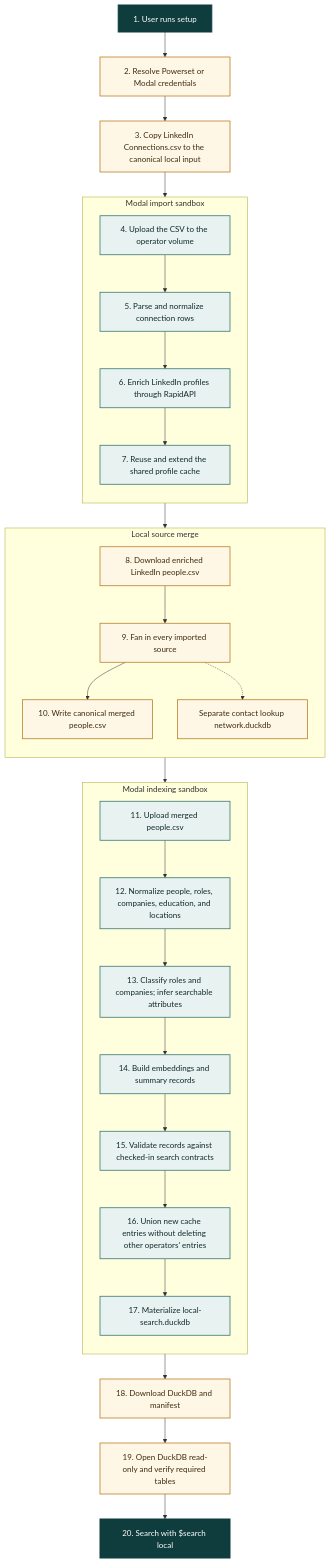
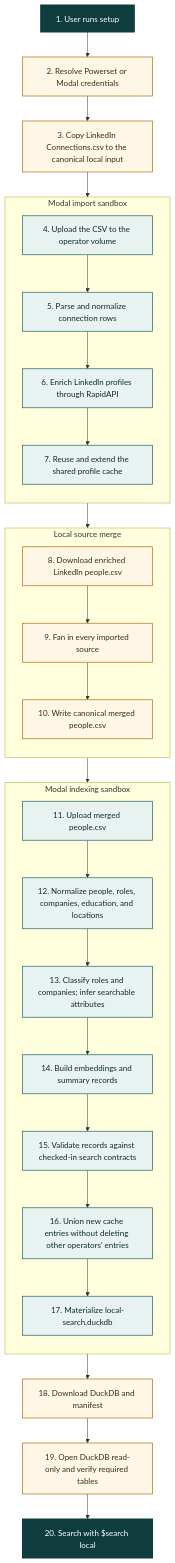
Before and after one commit to powerset-co/powerpacks: the diagram in packs/indexing/docs/linkedin-modal-pipeline.md, drawn with Mermaid. The commit also changed other lines of this file and 22 other files, not shown here.

````diff
--- a/packs/indexing/docs/linkedin-modal-pipeline.md
+++ b/packs/indexing/docs/linkedin-modal-pipeline.md
@@ -33,45 +33,44 @@
 ```mermaid
 flowchart TD
     START[1. User runs setup] --> CREDS[2. Resolve Powerset or Modal credentials]
     CREDS --> CSV[3. Copy LinkedIn Connections.csv to the canonical local input]
 
     subgraph IMPORT[Modal import sandbox]
         direction TD
         UPLOAD[4. Upload the CSV to the operator volume] --> PARSE[5. Parse and normalize connection rows]
         PARSE --> ENRICH[6. Enrich LinkedIn profiles through RapidAPI]
         ENRICH --> PCACHE[7. Reuse and extend the shared profile cache]
     end
 
     CSV --> UPLOAD
     PCACHE --> SOURCE[8. Download enriched LinkedIn people.csv]
 
     subgraph LOCALMERGE[Local source merge]
         direction TD
         SOURCE --> FANIN[9. Fan in every imported source]
         FANIN --> MERGED[10. Write canonical merged people.csv]
-        FANIN -.-> CONTACTDB[Separate contact lookup network.duckdb]
     end
 
     subgraph INDEX[Modal indexing sandbox]
         direction TD
         SEND[11. Upload merged people.csv] --> NORMALIZE[12. Normalize people, roles, companies, education, and locations]
         NORMALIZE --> CLASSIFY[13. Classify roles and companies; infer searchable attributes]
         CLASSIFY --> EMBED[14. Build embeddings and summary records]
         EMBED --> CONTRACT[15. Validate records against checked-in search contracts]
         CONTRACT --> ICACHE[16. Union new cache entries without deleting other operators' entries]
         ICACHE --> DUCK[17. Materialize local-search.duckdb]
     end
 
     MERGED --> SEND
     DUCK --> DOWNLOAD[18. Download DuckDB and manifest]
     DOWNLOAD --> VERIFY[19. Open DuckDB read-only and verify required tables]
     VERIFY --> READY[20. Search with $search local]
 
     classDef user fill:#0f3d3e,color:#ffffff,stroke:#0f3d3e,stroke-width:2px;
     classDef local fill:#fff7e6,color:#3d2b0f,stroke:#b7791f,stroke-width:1.5px;
     classDef cloud fill:#e8f3f1,color:#102a2a,stroke:#2f6f6d,stroke-width:1.5px;
     classDef output fill:#eaf2ff,color:#14213d,stroke:#315a9b,stroke-width:2px;
     class START,READY user;
-    class CREDS,CSV,SOURCE,FANIN,MERGED,CONTACTDB,DOWNLOAD,VERIFY local;
+    class CREDS,CSV,SOURCE,FANIN,MERGED,DOWNLOAD,VERIFY local;
     class UPLOAD,PARSE,ENRICH,PCACHE,SEND,NORMALIZE,CLASSIFY,EMBED,CONTRACT,DUCK,ICACHE cloud;
 ```
````
